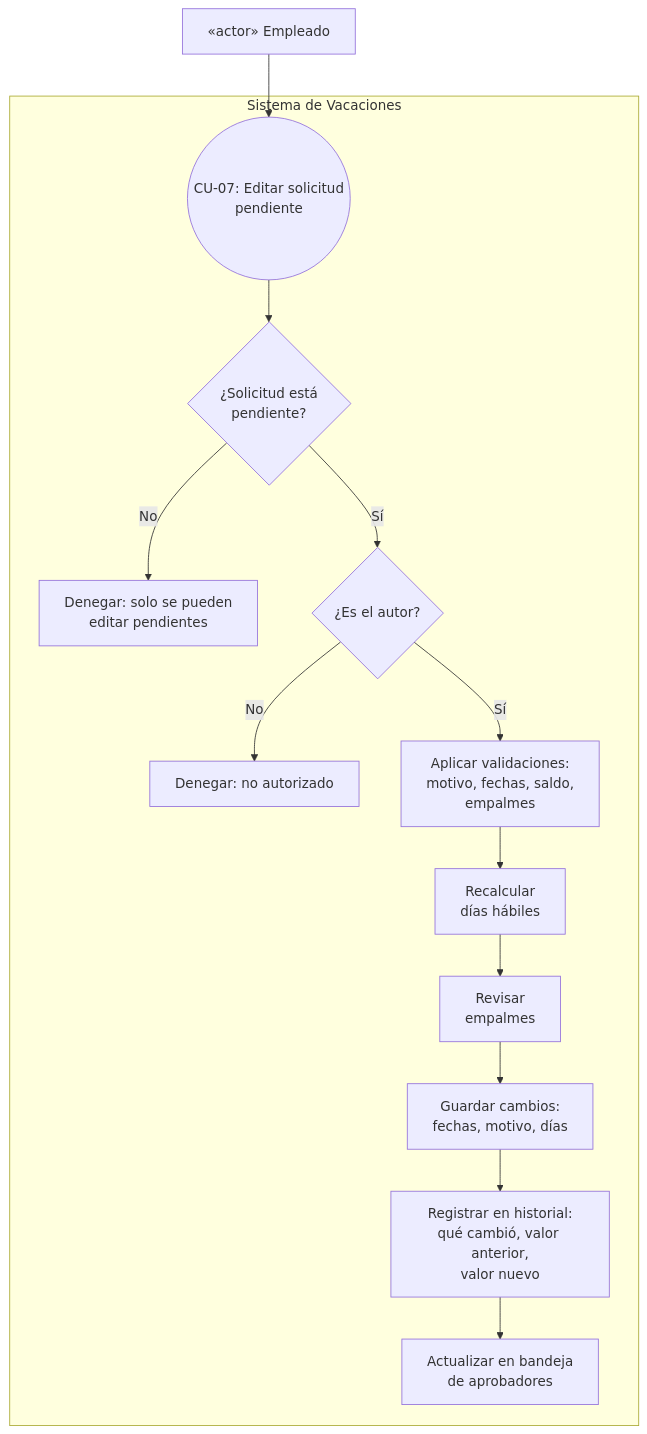
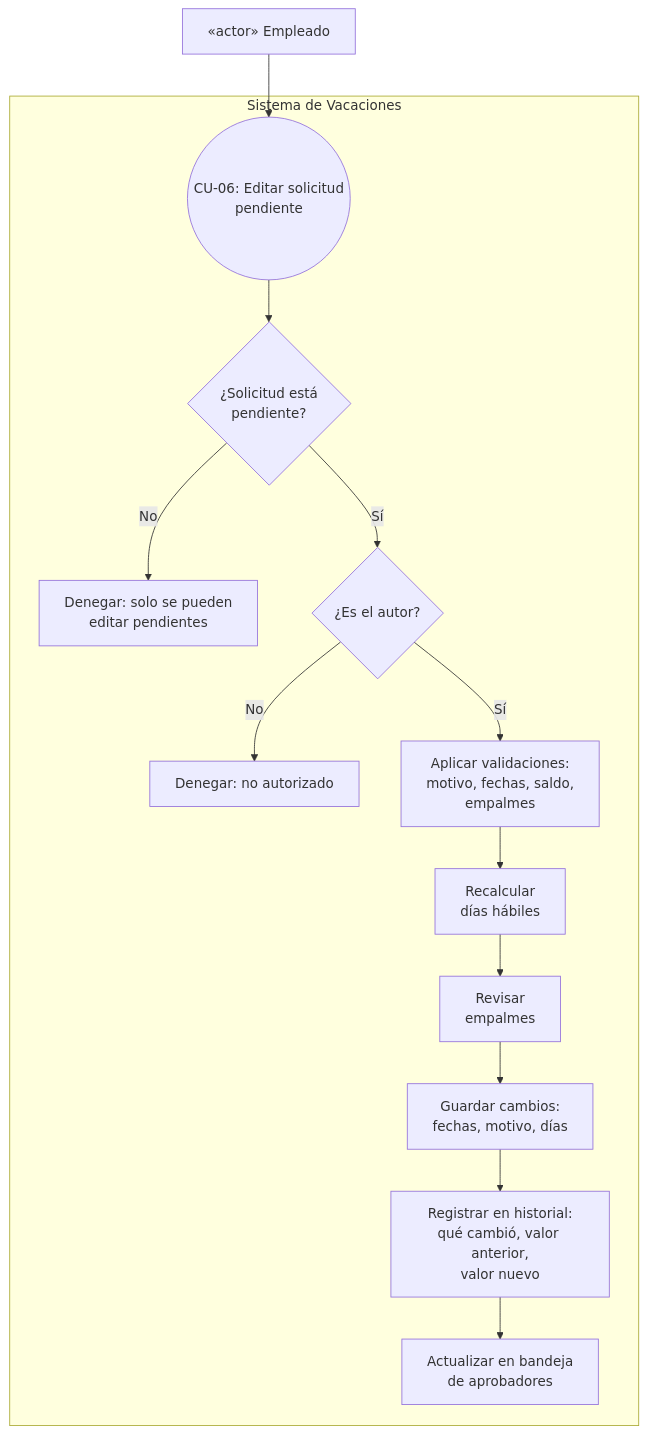
One commit to Oscar26-zs/Solicitud_de_Vacaciones changed the sixth of 19 diagrams in docs/use-case-diagrams.md. Above: the diagram before and after it, drawn with Mermaid. The commit also changed other lines of this file and 1 other file, not shown here.

````diff
--- a/docs/use-case-diagrams.md
+++ b/docs/use-case-diagrams.md
@@ -175,24 +154,24 @@
 ```mermaid
 graph TB
     subgraph S["Sistema de Vacaciones"]
-        CU07(("CU-07: Editar solicitud<br/>pendiente"))
+        CU06(("CU-06: Editar solicitud<br/>pendiente"))
         V1{¿Solicitud está<br/>pendiente?}
         V2[Denegar: solo se pueden<br/>editar pendientes]
         V3{¿Es el autor?}
         V4[Denegar: no autorizado]
         V5[Aplicar validaciones:<br/>motivo, fechas, saldo,<br/>empalmes]
         V5a[Recalcular<br/>días hábiles]
         V5b[Revisar<br/>empalmes]
         V6[Guardar cambios:<br/>fechas, motivo, días]
         V7[Registrar en historial:<br/>qué cambió, valor anterior,<br/>valor nuevo]
         V8[Actualizar en bandeja<br/>de aprobadores]
 
-        CU07 --> V1
+        CU06 --> V1
         V1 -->|No| V2
         V1 -->|Sí| V3
         V3 -->|No| V4
         V3 -->|Sí| V5
         V5 --> V5a --> V5b --> V6 --> V7 --> V8
     end
-    Emp["«actor» Empleado"] --> CU07
+    Emp["«actor» Empleado"] --> CU06
 ```
````
